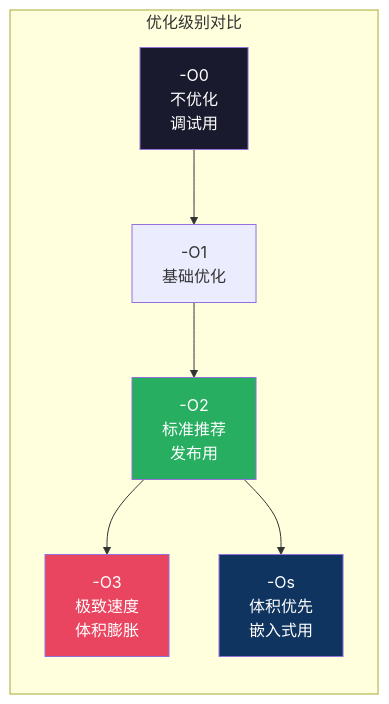
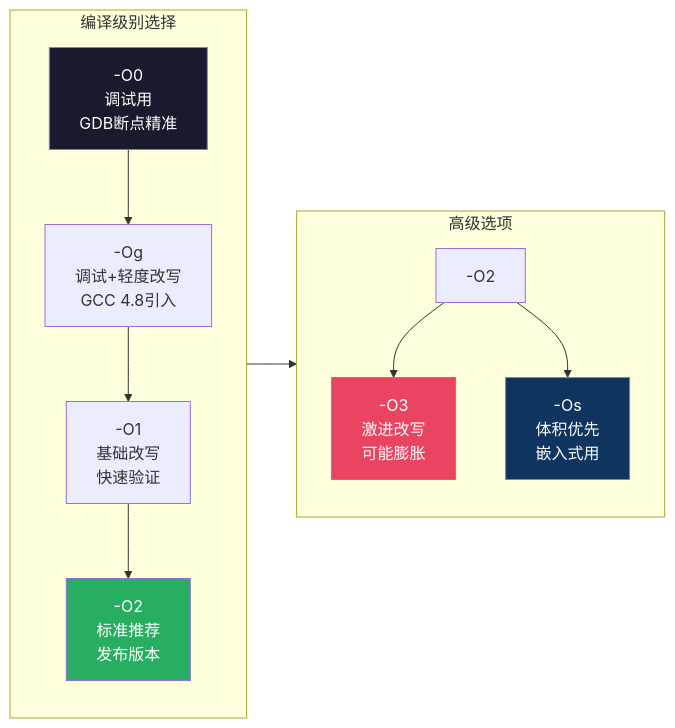
Before and after one commit to zeegoo/xren.ren: the second of 2 diagrams in docs/jindan/63-compile.md, drawn with Mermaid. The commit also changed other lines of this file and 6 other files, not shown here.

````diff
--- a/docs/jindan/63-compile.md
+++ b/docs/jindan/63-compile.md
@@ -122,15 +301,20 @@
 ```mermaid
 flowchart LR
-    subgraph 优化级别对比
+    subgraph 编译级别选择
         direction TD
-        O0["-O0<br/>不优化<br/>调试用"] --> O1["-O1<br/>基础优化"]
-        O1 --> O2["-O2<br/>标准推荐<br/>发布用"]
-        O2 --> O3["-O3<br/>极致速度<br/>体积膨胀"]
-        O2 --> Os["-Os<br/>体积优先<br/>嵌入式用"]
+        O0["-O0<br/>调试用<br/>GDB断点精准"] --> Og["-Og<br/>调试+轻度改写<br/>GCC 4.8引入"]
+        Og --> O1["-O1<br/>基础改写<br/>快速验证"]
+        O1 --> O2["-O2<br/>标准推荐<br/>发布版本"]
     end
+    subgraph 高级选项
+        direction TD
+        O2b["-O2"] --> O3["-O3<br/>激进改写<br/>可能膨胀"]
+        O2b --> Os["-Os<br/>体积优先<br/>嵌入式用"]
+    end
+    O2 --> O2b
 
     style O0 fill:#1a1a2e,color:#fff
     style O2 fill:#27ae60,color:#fff
     style O3 fill:#e94560,color:#fff
     style Os fill:#0f3460,color:#fff
 ```
````
